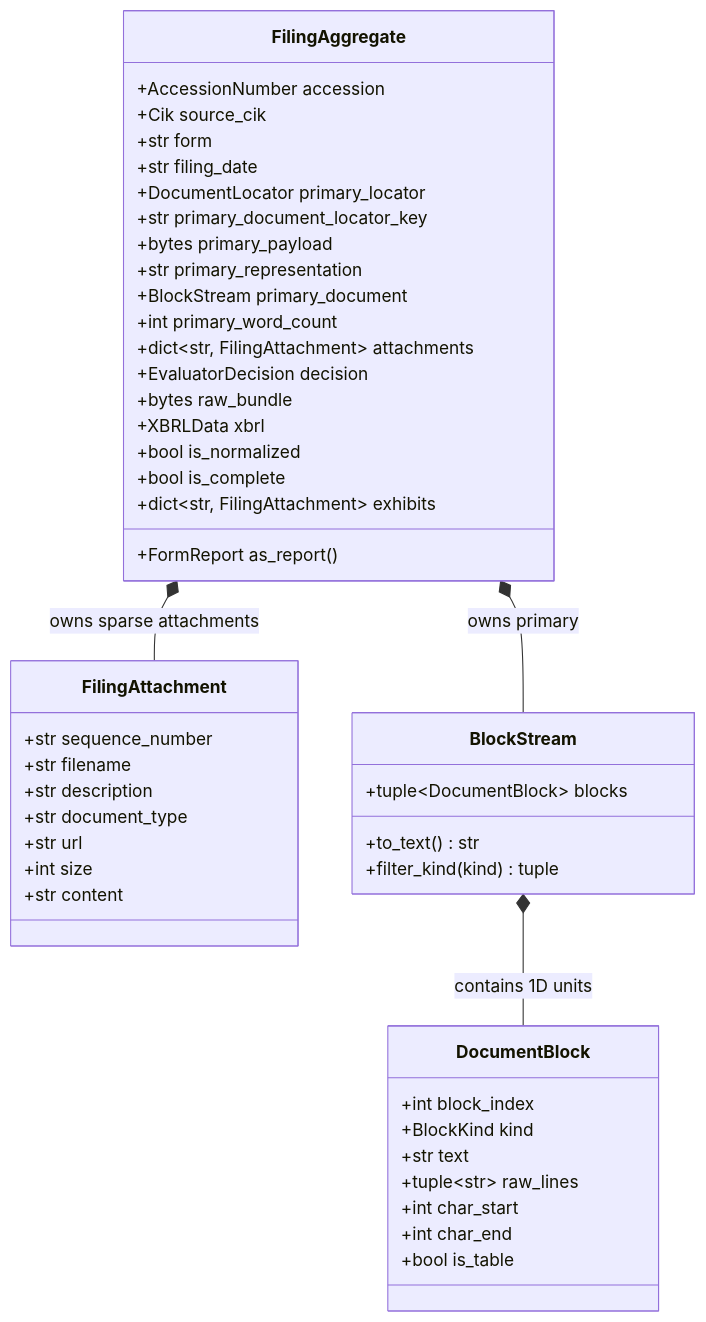
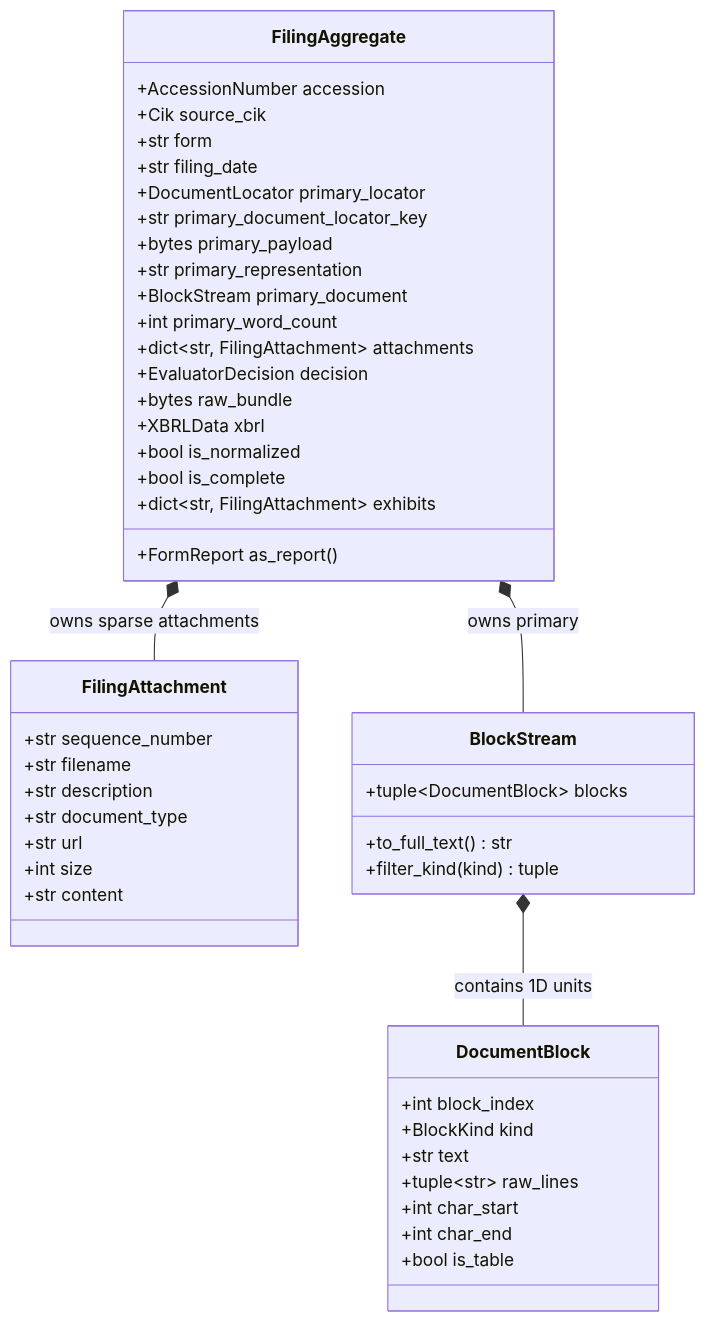
The fourth of 4 diagrams in roadmap/design.md (DerivedFunction01/edgar-sec), drawn with Mermaid before and after one commit. The commit also changed other lines of this file and 32 other files, not shown here.

Commit message:
docs: clarify form-aware XML validity and cover boundary profiles in roadmap documentation

````diff
--- a/roadmap/design.md
+++ b/roadmap/design.md
@@ -648,53 +649,53 @@
 ```mermaid
 classDiagram
     class FilingAggregate {
         +AccessionNumber accession
         +Cik source_cik
         +str form
         +str filing_date
         +DocumentLocator primary_locator
         +str primary_document_locator_key
         +bytes primary_payload
         +str primary_representation
         +BlockStream primary_document
         +int primary_word_count
         +dict~str, FilingAttachment~ attachments
         +EvaluatorDecision decision
         +bytes raw_bundle
         +XBRLData xbrl
         +bool is_normalized
         +bool is_complete
         +dict~str, FilingAttachment~ exhibits
         +FormReport as_report()
     }
 
     class FilingAttachment {
         +str sequence_number
         +str filename
         +str description
         +str document_type
         +str url
         +int size
         +str content
     }
 
     class BlockStream {
         +tuple~DocumentBlock~ blocks
-        +to_text() str
+        +to_full_text() str
         +filter_kind(kind) tuple
     }
 
     class DocumentBlock {
         +int block_index
         +BlockKind kind
         +str text
         +tuple~str~ raw_lines
         +int char_start
         +int char_end
         +bool is_table
     }
 
     FilingAggregate *-- BlockStream : owns primary
     FilingAggregate *-- FilingAttachment : owns sparse attachments
     BlockStream *-- DocumentBlock : contains 1D units
 ```
````
